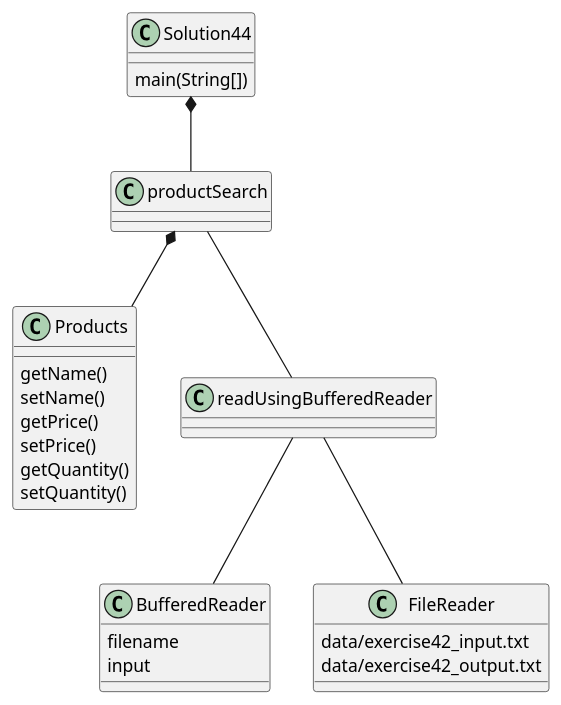
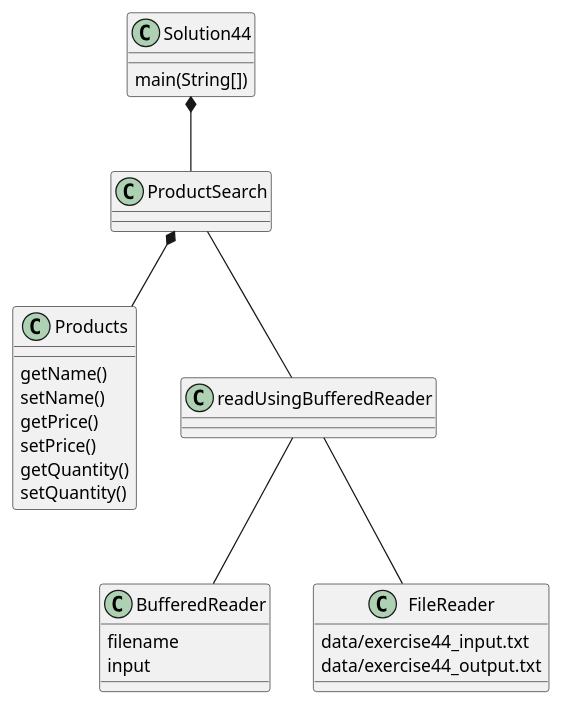
One commit to MohitBallikar/Ballikar-a04 changed the diagram in exercise44/docs/exercise44.puml. Above: the diagram before and after it, drawn with PlantUML. The commit also changed 2 other files, not shown here.

Commit message:
uml edit and restructre

```diff
--- a/exercise44/docs/exercise44.puml
+++ b/exercise44/docs/exercise44.puml
@@ -1,35 +1,35 @@
 @startuml
 class Solution44 {
     main(String[])
 }
-Solution44 *--productSearch
+Solution44 *--ProductSearch
 
-class productSearch{
+class ProductSearch{
 
 }
 class Products{
 getName()
 setName()
 getPrice()
 setPrice()
 getQuantity()
 setQuantity()
 }
-productSearch *-- Products
-productSearch -- readUsingBufferedReader
+ProductSearch *-- Products
+ProductSearch -- readUsingBufferedReader
 readUsingBufferedReader -- BufferedReader
 readUsingBufferedReader -- FileReader
 
 class FileReader
 {
-data/exercise42_input.txt
-data/exercise42_output.txt
+data/exercise44_input.txt
+data/exercise44_output.txt
 }
 
 class BufferedReader
 {
 filename
 input
 }
 
 @enduml
```
